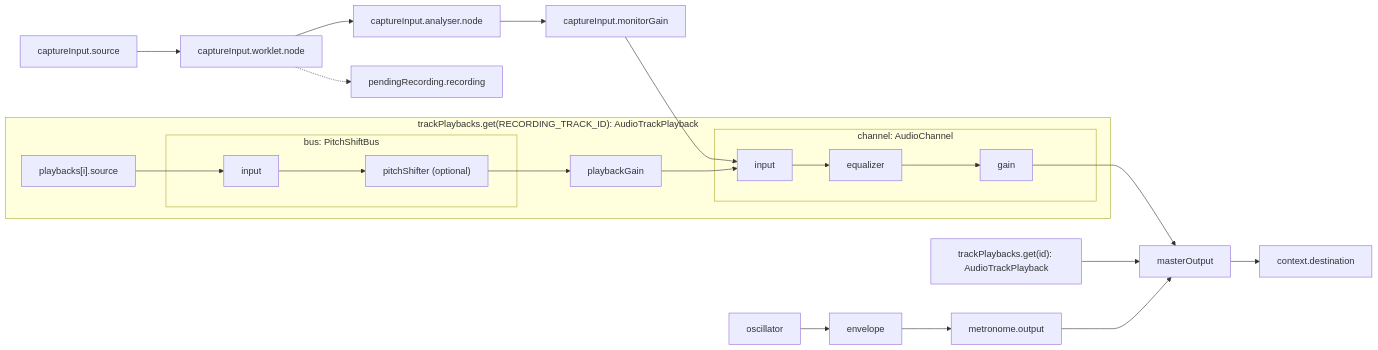
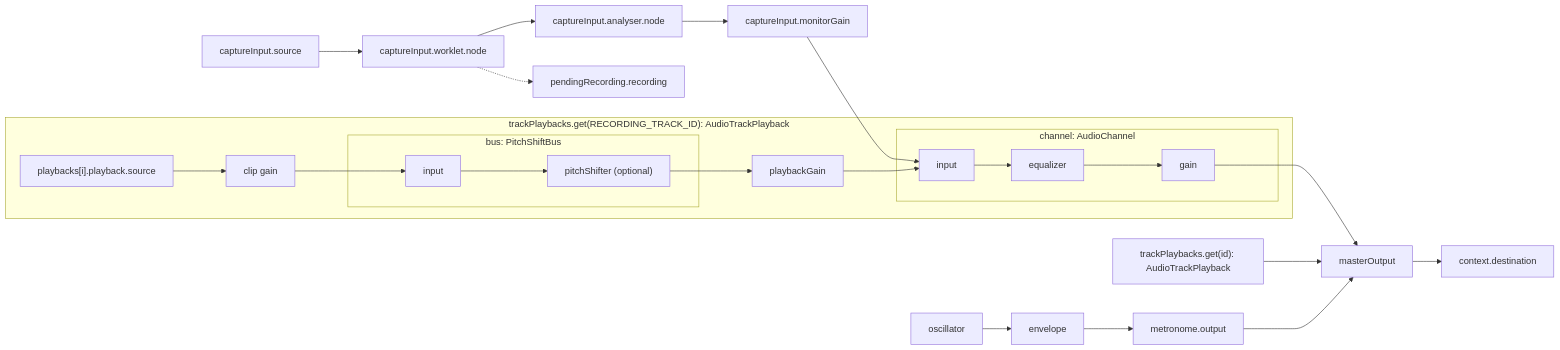
The diagram in src/lib/recorder/README.md (hi-ogawa/toy-midi), drawn with Mermaid before and after one commit. The commit also changed 15 other files, not shown here.

Commit message:
feat: add per-take clip gain

````diff
--- a/src/lib/recorder/README.md
+++ b/src/lib/recorder/README.md
@@ -5,28 +5,29 @@
 ```mermaid
 flowchart LR
     captureSource["captureInput.source"] --> captureWorklet["captureInput.worklet.node"]
     captureWorklet -.-> recording["pendingRecording.recording"]
     captureWorklet --> analyser["captureInput.analyser.node"]
     analyser --> monitorGain["captureInput.monitorGain"]
     monitorGain --> captureInput
 
     subgraph captureTrack["trackPlaybacks.get(RECORDING_TRACK_ID): AudioTrackPlayback"]
-        takeSource["playbacks[i].source"] --> takeBusInput
+        takeSource["playbacks[i].playback.source"] --> clipGain["clip gain"]
+        clipGain --> takeBusInput
         subgraph takePitchShiftBus["bus: PitchShiftBus"]
             takeBusInput["input"] --> takePitchShifter["pitchShifter (optional)"]
         end
         takePitchShifter --> takePlaybackGain["playbackGain"]
         takePlaybackGain --> captureInput
         subgraph captureChannel["channel: AudioChannel"]
             captureInput["input"] --> captureEqualizer["equalizer"]
             captureEqualizer --> captureGain["gain"]
         end
     end
 
     captureGain --> masterOutput["masterOutput"]
     audioTrack["trackPlaybacks.get(id): AudioTrackPlayback"] --> masterOutput
     oscillator["oscillator"] --> envelope["envelope"]
     envelope --> metronomeOutput["metronome.output"]
     metronomeOutput --> masterOutput
     masterOutput --> destination["context.destination"]
 ```
````
